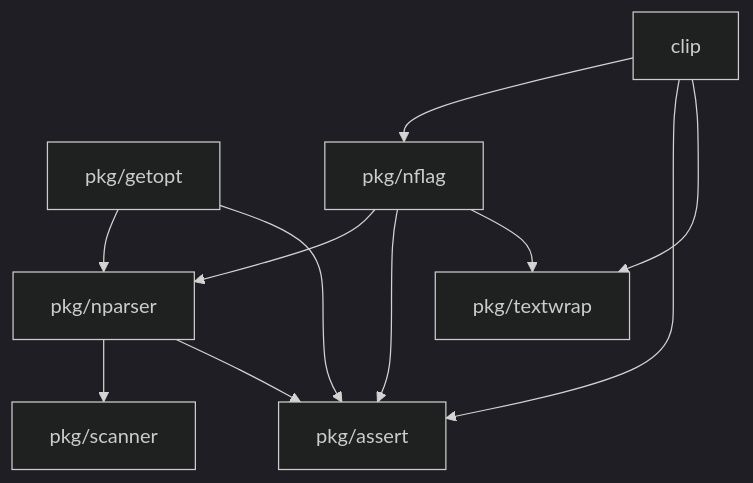
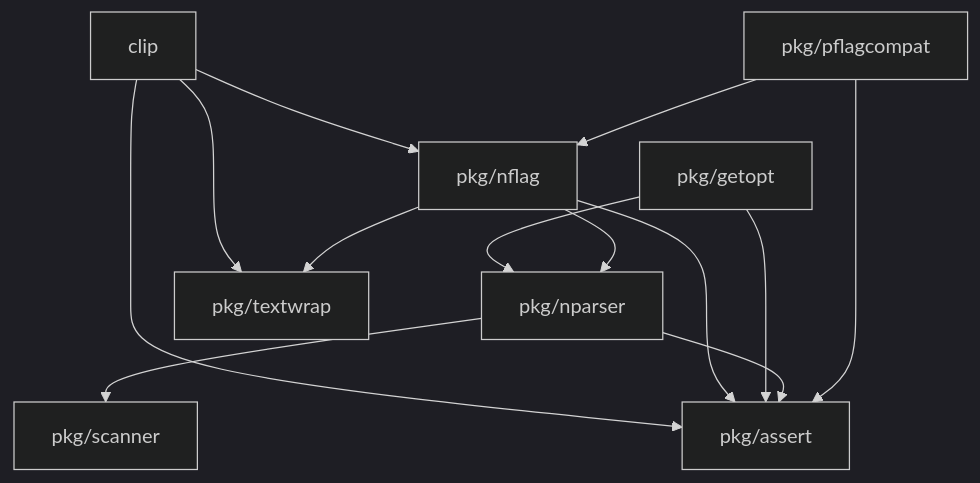
One commit to bassosimone/clip changed the diagram in README.md. Above: the diagram before and after it, drawn with Mermaid (dark theme). The commit also changed other lines of this file and 10 other files, not shown here.

````diff
--- a/README.md
+++ b/README.md
@@ -225,21 +233,24 @@
 ```mermaid
 flowchart TD
     assert[pkg/assert]
     clip
     getopt[pkg/getopt]
     nflag[pkg/nflag]
     nparser[pkg/nparser]
+    pflagcompat[pkg/pflagcompat]
     scanner[pkg/scanner]
     textwrap[pkg/textwrap]
 
     clip --> nflag
     clip --> assert
     clip --> textwrap
     getopt --> nparser
     nflag --> nparser
+    pflagcompat --> nflag
     nparser --> scanner
     nflag --> assert
     getopt --> assert
     nparser --> assert
+    pflagcompat --> assert
     nflag --> textwrap
 ```
````
